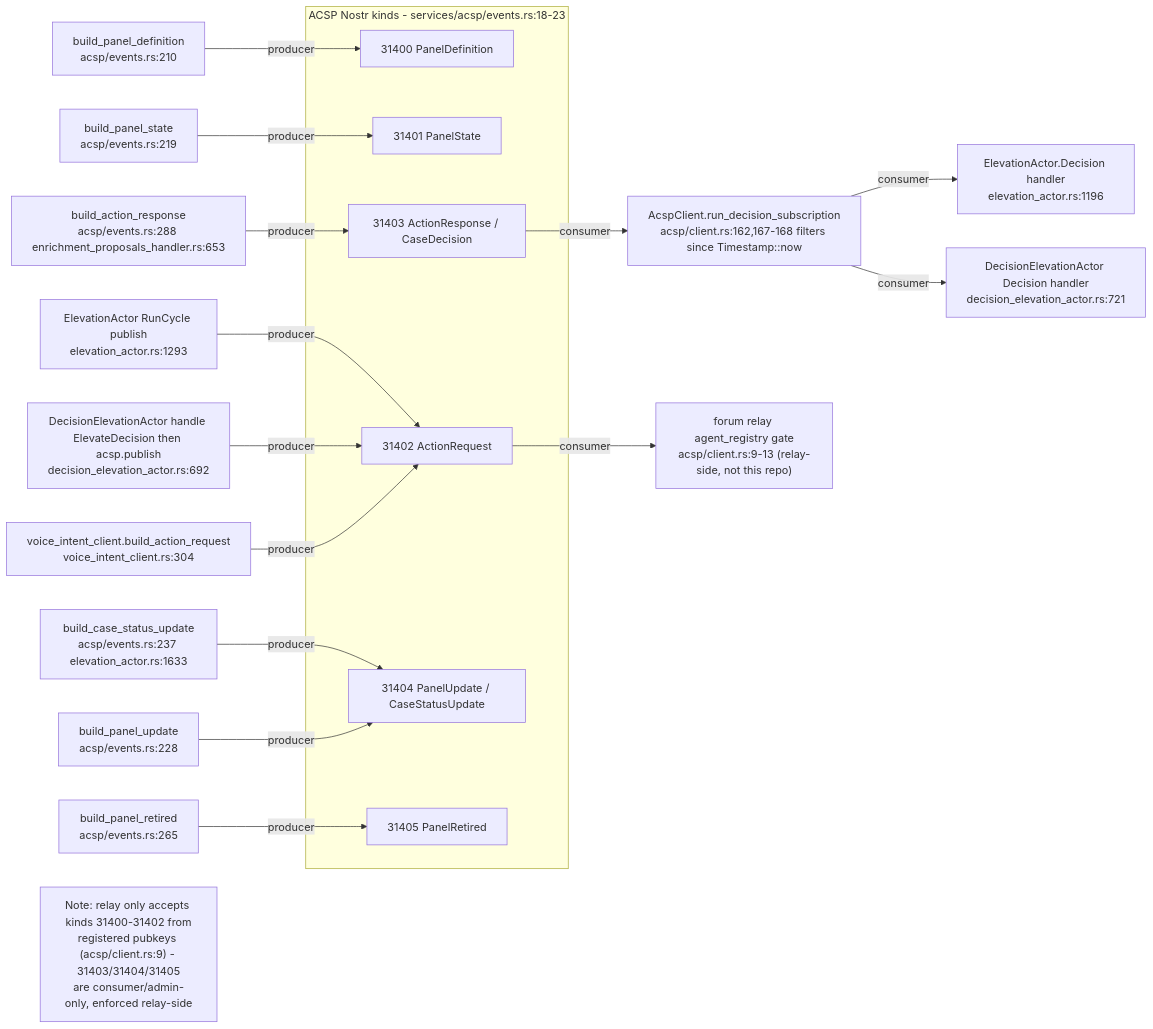
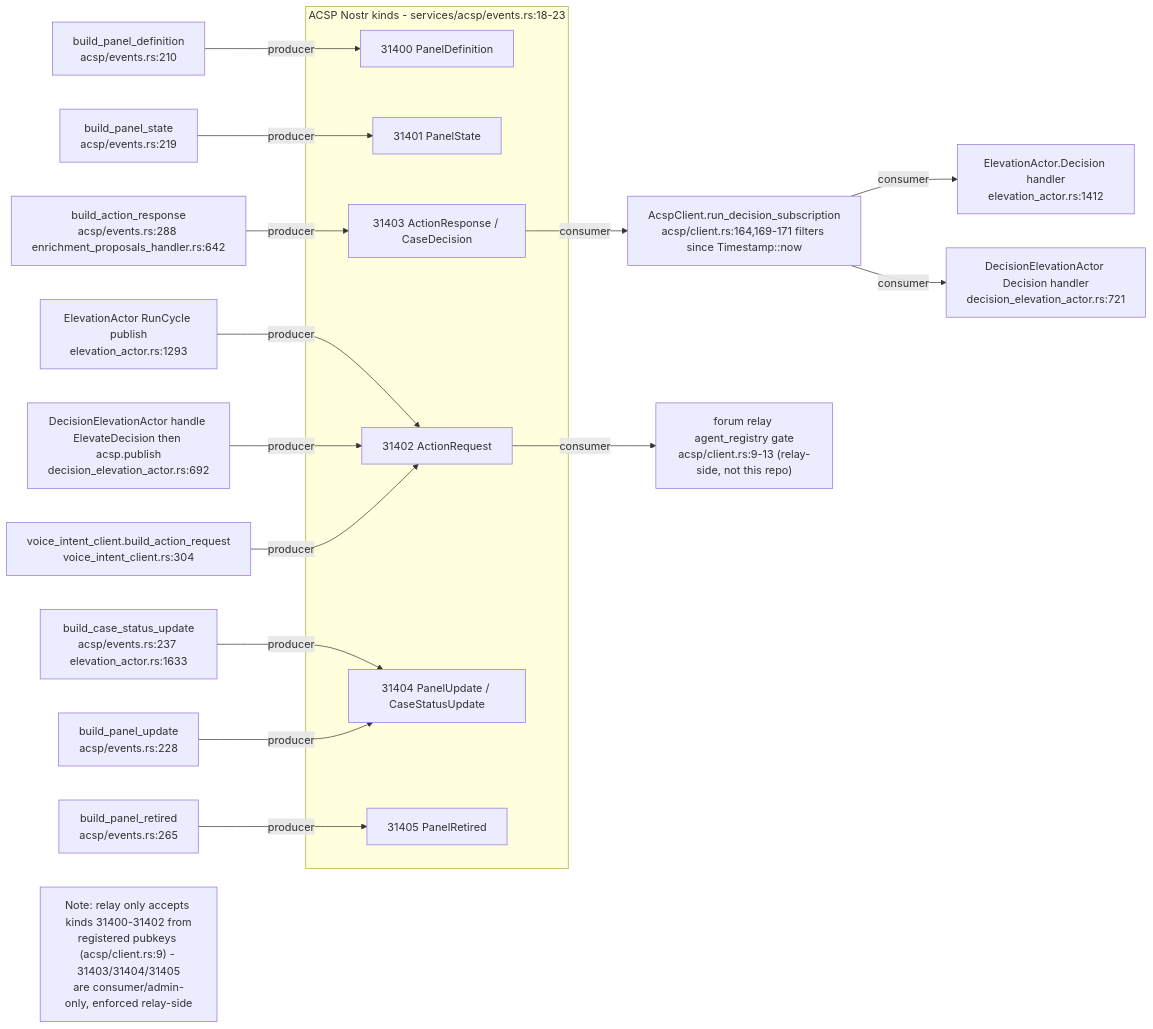
The eighth of 12 diagrams in docs/diagrams/visionclaw/24-acsp-decision-elevation.md (DreamLab-AI/VisionFlow), drawn with Mermaid before and after one commit. The commit also changed other lines of this file and 160 other files, not shown here.

````diff
--- a/docs/diagrams/visionclaw/24-acsp-decision-elevation.md
+++ b/docs/diagrams/visionclaw/24-acsp-decision-elevation.md
@@ -303,25 +308,25 @@
 ```mermaid
 flowchart LR
     subgraph kinds["ACSP Nostr kinds - services/acsp/events.rs:18-23"]
         K31400["31400 PanelDefinition"]
         K31401["31401 PanelState"]
         K31402["31402 ActionRequest"]
         K31403["31403 ActionResponse / CaseDecision"]
         K31404["31404 PanelUpdate / CaseStatusUpdate"]
         K31405["31405 PanelRetired"]
     end
     B31400["build_panel_definition<br/>acsp/events.rs:210"] -->|producer| K31400
     B31401["build_panel_state<br/>acsp/events.rs:219"] -->|producer| K31401
     B31402A["ElevationActor RunCycle publish<br/>elevation_actor.rs:1293"] -->|producer| K31402
     B31402B["DecisionElevationActor handle ElevateDecision then acsp.publish<br/>decision_elevation_actor.rs:692"] -->|producer| K31402
     B31402C["voice_intent_client.build_action_request<br/>voice_intent_client.rs:304"] -->|producer| K31402
-    B31403A["build_action_response<br/>acsp/events.rs:288 enrichment_proposals_handler.rs:653"] -->|producer| K31403
+    B31403A["build_action_response<br/>acsp/events.rs:288 enrichment_proposals_handler.rs:642"] -->|producer| K31403
     B31404A["build_case_status_update<br/>acsp/events.rs:237 elevation_actor.rs:1633"] -->|producer| K31404
     B31404B["build_panel_update<br/>acsp/events.rs:228"] -->|producer| K31404
     B31405["build_panel_retired<br/>acsp/events.rs:265"] -->|producer| K31405
-    K31403 -->|consumer| C31403A["AcspClient.run_decision_subscription<br/>acsp/client.rs:162,167-168 filters since Timestamp::now"]
-    C31403A -->|consumer| C31403B["ElevationActor.Decision handler<br/>elevation_actor.rs:1196"]
+    K31403 -->|consumer| C31403A["AcspClient.run_decision_subscription<br/>acsp/client.rs:164,169-171 filters since Timestamp::now"]
+    C31403A -->|consumer| C31403B["ElevationActor.Decision handler<br/>elevation_actor.rs:1412"]
     C31403A -->|consumer| C31403C["DecisionElevationActor Decision handler<br/>decision_elevation_actor.rs:721"]
     K31402 -->|consumer| C31402["forum relay agent_registry gate<br/>acsp/client.rs:9-13 (relay-side, not this repo)"]
     Note1["Note: relay only accepts kinds 31400-31402 from<br/>registered pubkeys (acsp/client.rs:9) - 31403/31404/31405<br/>are consumer/admin-only, enforced relay-side"]
 ```
````
